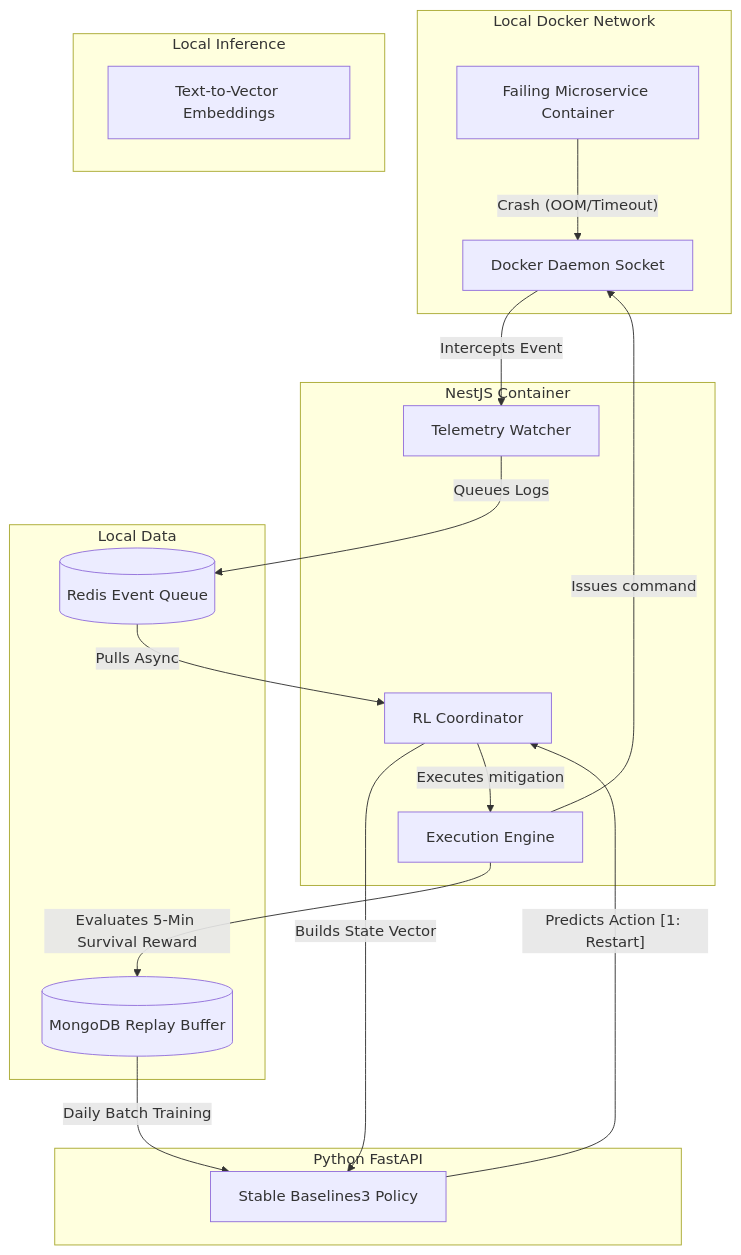
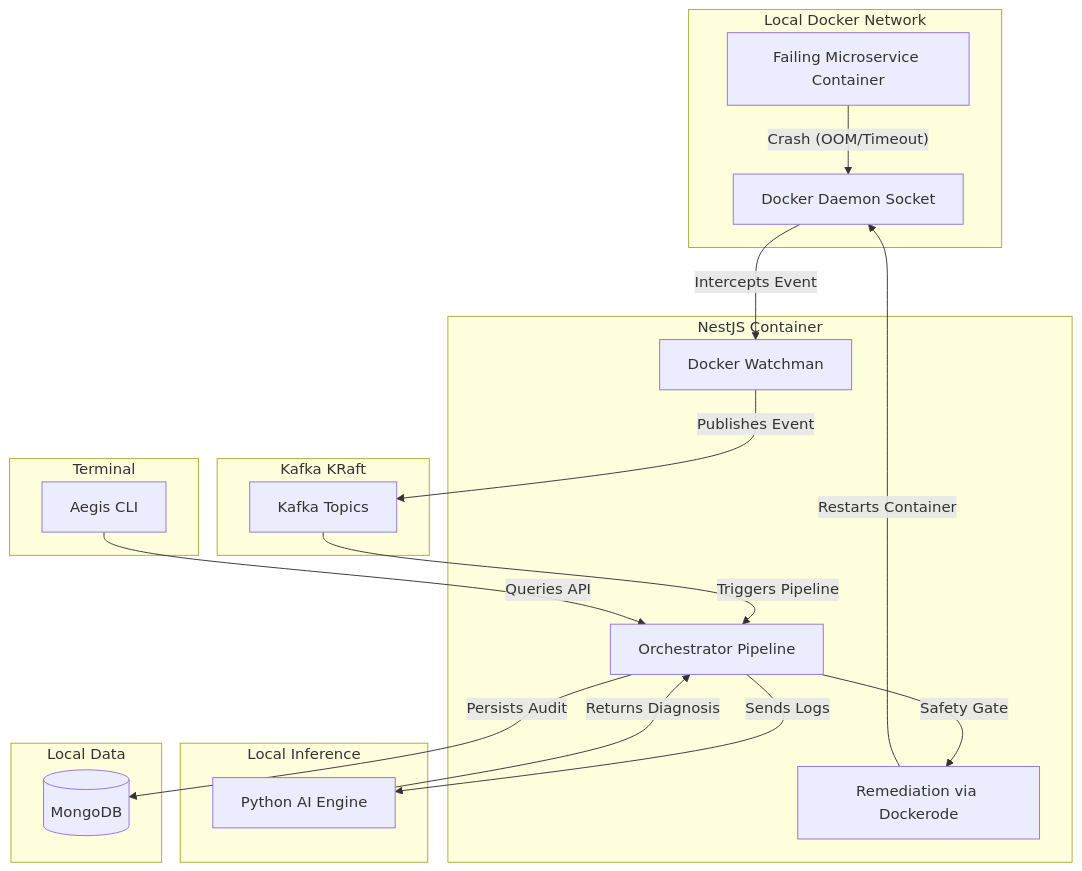
One commit to Tusharxhub/aegis changed the second of 2 diagrams in README.md. Above: the diagram before and after it, drawn with Mermaid. The commit also changed other lines of this file and 19 other files, not shown here.

Commit message:
refactor: migrate reinforcement learning modules from rl-agent and rl-lab to a unified rl-engine service

````diff
--- a/README.md
+++ b/README.md
@@ -79,43 +75,40 @@
 ```mermaid
 graph TD
-    %% Environment
     subgraph Edge Environment [Local Docker Network]
         DockerSocket[Docker Daemon Socket]
         BrokenService[Failing Microservice Container]
     end
 
-    %% Backend Orchestrator
     subgraph The Orchestrator [NestJS Container]
-        Watcher[Telemetry Watcher]
-        RL_Coord[RL Coordinator]
-        Executor[Execution Engine]
+        Watcher[Docker Watchman]
+        Orchestrator[Orchestrator Pipeline]
+        Executor[Remediation via Dockerode]
     end
 
-    %% AI Compute
-    subgraph Data Processing [Local Inference]
-        Embeddings[Text-to-Vector Embeddings]
+    subgraph Event Backbone [Kafka KRaft]
+        Topics[Kafka Topics]
     end
 
-    %% RL Brain
-    subgraph The Brain [Python FastAPI]
-        Agent[Stable Baselines3 Policy]
+    subgraph AI Compute [Local Inference]
+        AIEngine[Python AI Engine]
     end
 
-    %% State
-    subgraph Memory [Local Data]
-        Mongo[(MongoDB Replay Buffer)]
-        Redis[(Redis Event Queue)]
+    subgraph State [Local Data]
+        Mongo[(MongoDB)]
     end
 
-    %% Flow
+    subgraph CLI_Layer [Terminal]
+        AegisCLI[Aegis CLI]
+    end
+
     BrokenService -- "Crash (OOM/Timeout)" --> DockerSocket
     DockerSocket -- "Intercepts Event" --> Watcher
-    Watcher -- "Queues Logs" --> Redis
-    Redis -- "Pulls Async" --> RL_Coord
-    RL_Coord -- "Builds State Vector" --> Agent
-    Agent -- "Predicts Action [1: Restart]" --> RL_Coord
-    RL_Coord -- "Executes mitigation" --> Executor
-    Executor -- "Issues command" --> DockerSocket
-    Executor -- "Evaluates 5-Min Survival Reward" --> Mongo
-    Mongo -- "Daily Batch Training" --> Agent
+    Watcher -- "Publishes Event" --> Topics
+    Topics -- "Triggers Pipeline" --> Orchestrator
+    Orchestrator -- "Sends Logs" --> AIEngine
+    AIEngine -- "Returns Diagnosis" --> Orchestrator
+    Orchestrator -- "Safety Gate" --> Executor
+    Executor -- "Restarts Container" --> DockerSocket
+    Orchestrator -- "Persists Audit" --> Mongo
+    AegisCLI -- "Queries API" --> Orchestrator
 ```
````
